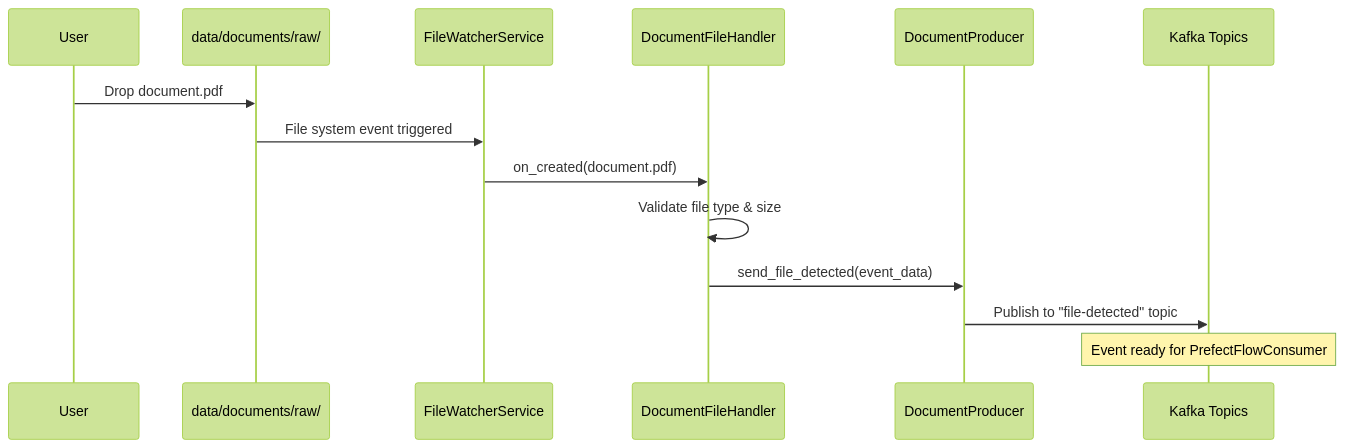
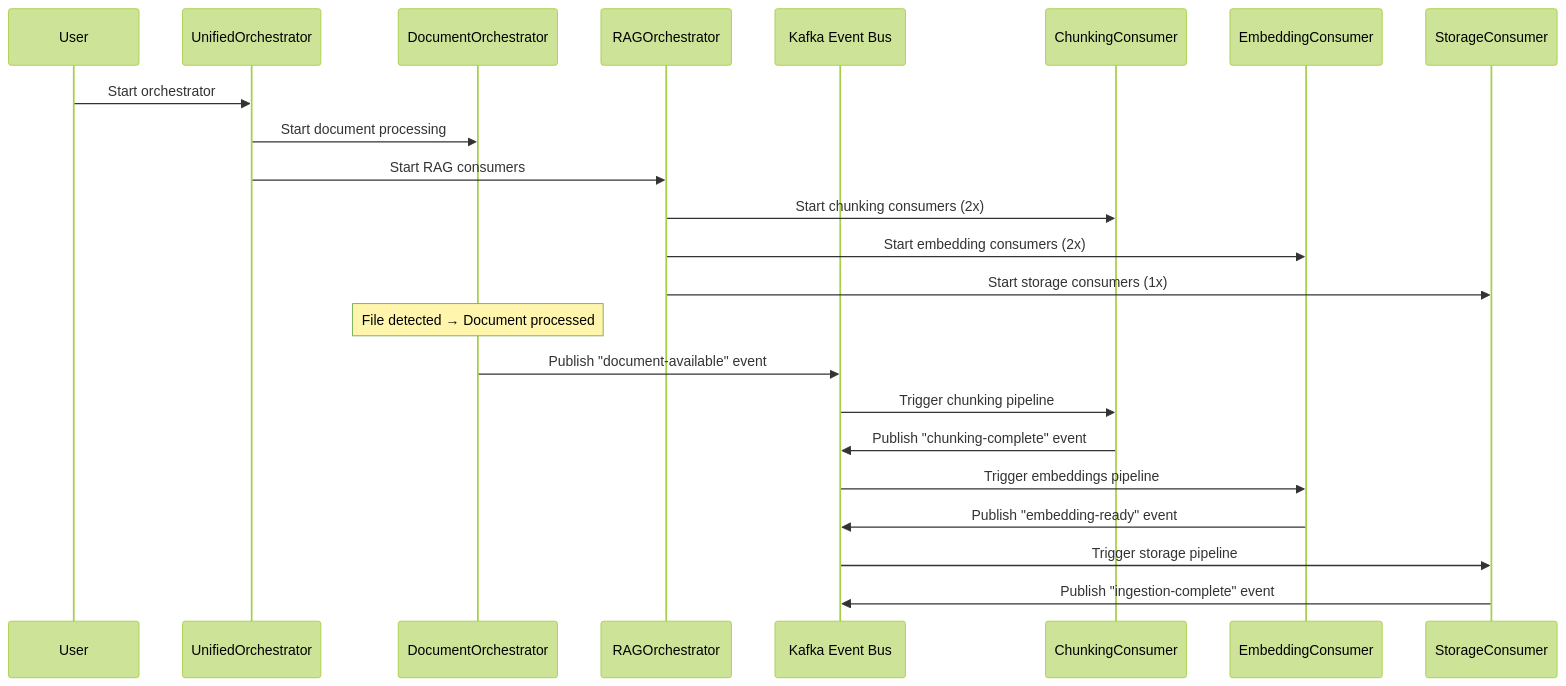
One commit to h19overflow/scaled_processing changed the third of 4 diagrams in README.md. Above: the diagram before and after it, drawn with Mermaid (forest theme). The commit also changed other lines of this file and 2 other files, not shown here.

Commit message:
updating diagrams and readme md

````diff
--- a/README.md
+++ b/README.md
@@ -177,17 +217,27 @@
 ```mermaid
 sequenceDiagram
     participant User
-    participant RawFolder as data/documents/raw/
-    participant FileWatcher as FileWatcherService
-    participant EventHandler as DocumentFileHandler
-    participant Producer as DocumentProducer
-    participant Kafka as Kafka Topics
+    participant UO as UnifiedOrchestrator
+    participant DO as DocumentOrchestrator  
+    participant RO as RAGOrchestrator
+    participant Kafka as Kafka Event Bus
+    participant CC as ChunkingConsumer
+    participant EC as EmbeddingConsumer
+    participant SC as StorageConsumer
 
-    User->>RawFolder: Drop document.pdf
-    RawFolder->>FileWatcher: File system event triggered
-    FileWatcher->>EventHandler: on_created(document.pdf)
-    EventHandler->>EventHandler: Validate file type & size
-    EventHandler->>Producer: send_file_detected(event_data)
-    Producer->>Kafka: Publish to "file-detected" topic
-    Note over Kafka: Event ready for PrefectFlowConsumer
+    User->>UO: Start orchestrator
+    UO->>DO: Start document processing
+    UO->>RO: Start RAG consumers
+    RO->>CC: Start chunking consumers (2x)
+    RO->>EC: Start embedding consumers (2x) 
+    RO->>SC: Start storage consumers (1x)
+    
+    Note over DO: File detected → Document processed
+    DO->>Kafka: Publish "document-available" event
+    Kafka->>CC: Trigger chunking pipeline
+    CC->>Kafka: Publish "chunking-complete" event  
+    Kafka->>EC: Trigger embeddings pipeline
+    EC->>Kafka: Publish "embedding-ready" event
+    Kafka->>SC: Trigger storage pipeline
+    SC->>Kafka: Publish "ingestion-complete" event
 ```
````
